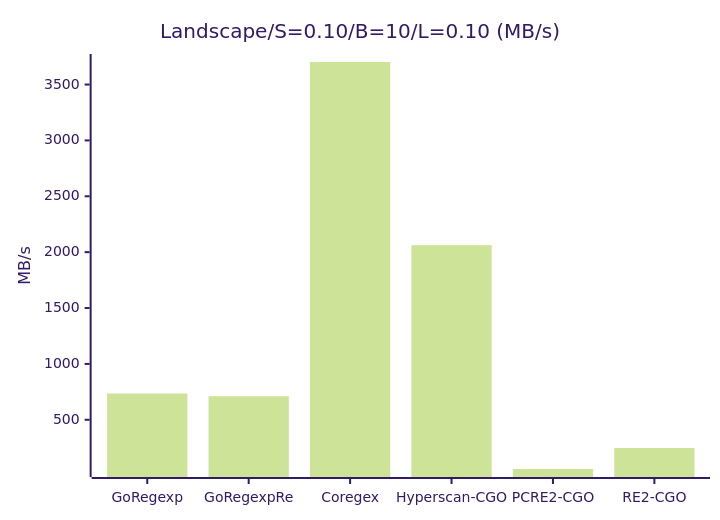
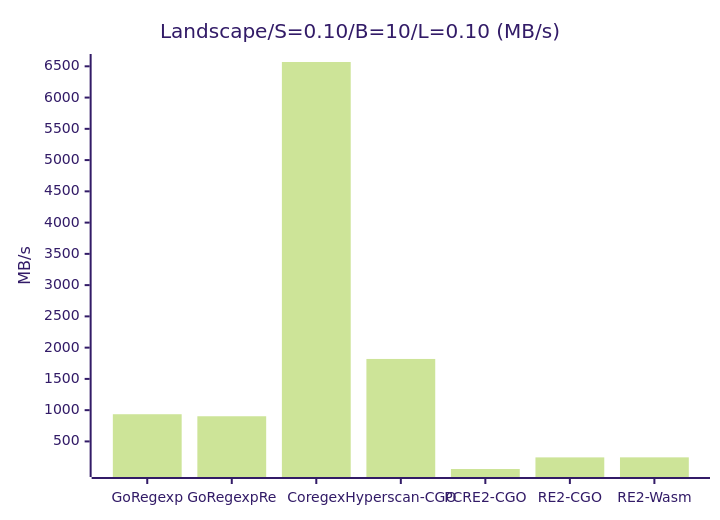
Diagram 16 of 47 in _benchmark_results/cgo_engines.md (kamichidu/go-regexp-re), drawn with Mermaid (forest theme) before and after one commit. The commit also changed other lines of this file and 1 other file, not shown here.

````diff
--- a/_benchmark_results/cgo_engines.md
+++ b/_benchmark_results/cgo_engines.md
@@ -241,7 +241,7 @@
 ```mermaid
 xychart-beta
     title "Landscape/S=0.10/B=10/L=0.10 (MB/s)"
-    x-axis ["GoRegexp", "GoRegexpRe", "Coregex", "Hyperscan-CGO", "PCRE2-CGO", "RE2-CGO"]
+    x-axis ["GoRegexp", "GoRegexpRe", "Coregex", "Hyperscan-CGO", "PCRE2-CGO", "RE2-CGO", "RE2-Wasm"]
     y-axis "MB/s"
-    bar [735.25, 711.11, 3701.58, 2062.59, 59.64, 247.60]
+    bar [934.83, 902.55, 6568.94, 1819.08, 58.85, 244.54, 245.19]
 ```
````
